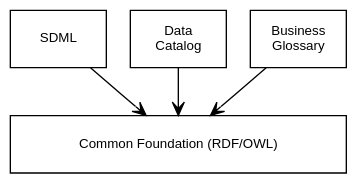
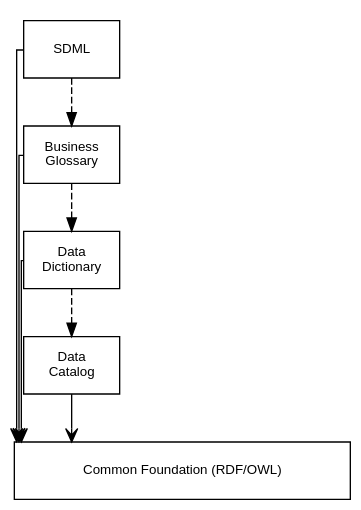
Before and after one commit to sdm-lang/tree-sitter-sdml: the second of 5 diagrams in docs/introduction.org, drawn with Graphviz. The commit also changed other lines of this file and 5 other files, not shown here.

```diff
--- a/docs/introduction.org
+++ b/docs/introduction.org
@@ -192,18 +217,32 @@
 #+BEGIN_SRC dot :file sdml-foundation.svg :exports results
 digraph G {
   bgcolor="transparent";
   rankdir="TD";
   fontname="Helvetica,Arial,sans-serif";
   node [fontname="Helvetica,Arial,sans-serif"; fontsize=10; width=1.0; height=0.6];
   edge [fontname="Helvetica,Arial,sans-serif"; fontsize=9; fontcolor="darkgrey"];
+  splines="ortho";
 
-  sdml [shape="rect"; label="SDML"];
-  catalog [shape="rect"; label="Data\nCatalog"];  
-  glossary [shape="rect"; label="Business\nGlossary"];
+  subgraph cluster_0 {
+    bgcolor="transparent";
+    color="transparent";
+    rankdir="LR";
+
+    sdml [shape="rect"; label="SDML"];
+    catalog [shape="rect"; label="Data\nCatalog"];  
+    dictionary [shape="rect"; label="Data\nDictionary"];  
+    glossary [shape="rect"; label="Business\nGlossary"];
+
+    sdml -> glossary [style="dashed"];
+    glossary -> dictionary [style="dashed"];
+    dictionary -> catalog [style="dashed"];
+  }
+  
   foundation [shape="rect"; width=3.5; label="Common Foundation (RDF/OWL)"];
 
   sdml -> foundation [arrowhead="open"];
+  glossary -> foundation [arrowhead="open"];
+  dictionary -> foundation [arrowhead="open"];
   catalog -> foundation [arrowhead="open"];
-  glossary -> foundation [arrowhead="open"];
 }
 #+END_SRC
```
